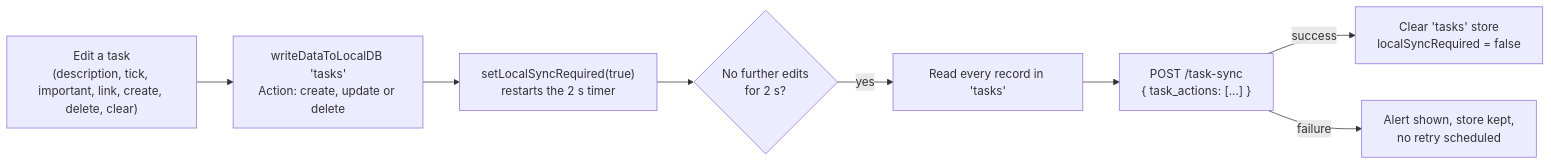
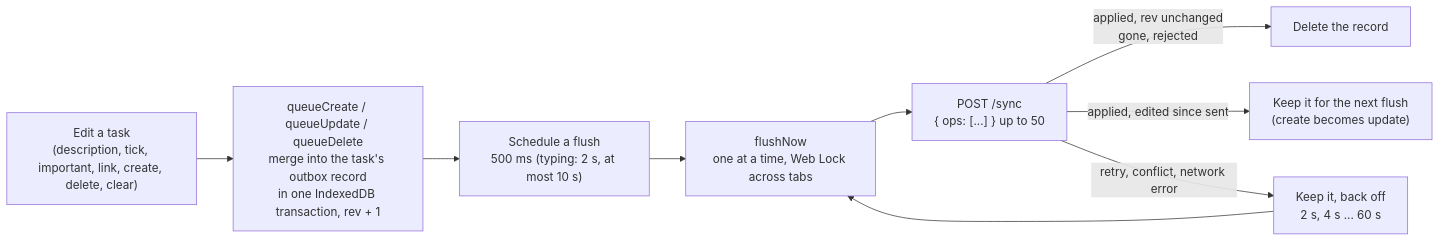
Before and after one commit to TomBenjaminMorris/listpal-frontend: the fourth of 6 diagrams in ARCHITECTURE.md, drawn with Mermaid. The commit also changed other lines of this file and 14 other files, not shown here.

First line of the commit message:
Replace the clear-all sync queue with a reliable task outbox (#21)

````diff
--- a/ARCHITECTURE.md
+++ b/ARCHITECTURE.md
@@ -171,10 +173,11 @@
 ```mermaid
 flowchart LR
-    E["Edit a task<br/>(description, tick, important, link, create, delete, clear)"] --> W["writeDataToLocalDB 'tasks'<br/>Action: create, update or delete"]
-    W --> F["setLocalSyncRequired(true)<br/>restarts the 2 s timer"]
-    F --> T{"No further edits<br/>for 2 s?"}
-    T -->|yes| R["Read every record in 'tasks'"]
-    R --> P["POST /task-sync<br/>{ task_actions: [...] }"]
-    P -->|success| C["Clear 'tasks' store<br/>localSyncRequired = false"]
-    P -->|failure| X["Alert shown, store kept,<br/>no retry scheduled"]
+    E["Edit a task<br/>(description, tick, important, link, create, delete, clear)"] --> Q["queueCreate / queueUpdate / queueDelete<br/>merge into the task's outbox record<br/>in one IndexedDB transaction, rev + 1"]
+    Q --> S["Schedule a flush<br/>500 ms (typing: 2 s, at most 10 s)"]
+    S --> F["flushNow<br/>one at a time, Web Lock across tabs"]
+    F --> P["POST /sync<br/>{ ops: [...] } up to 50"]
+    P -->|"applied, rev unchanged<br/>gone, rejected"| D["Delete the record"]
+    P -->|"applied, edited since sent"| K["Keep it for the next flush<br/>(create becomes update)"]
+    P -->|"retry, conflict, network error"| B["Keep it, back off<br/>2 s, 4 s ... 60 s"]
+    B --> F
 ```
````
